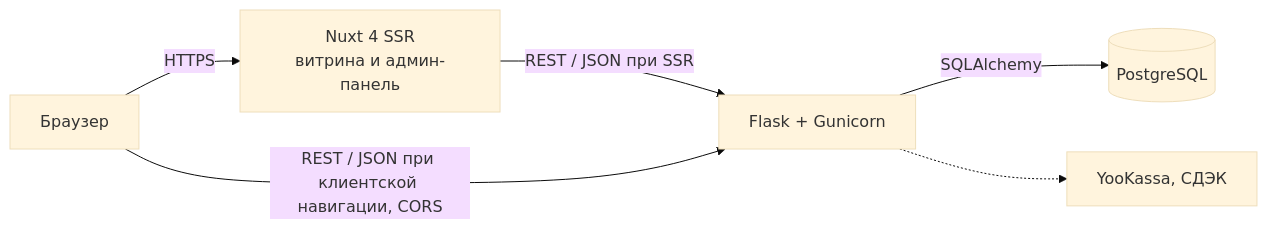
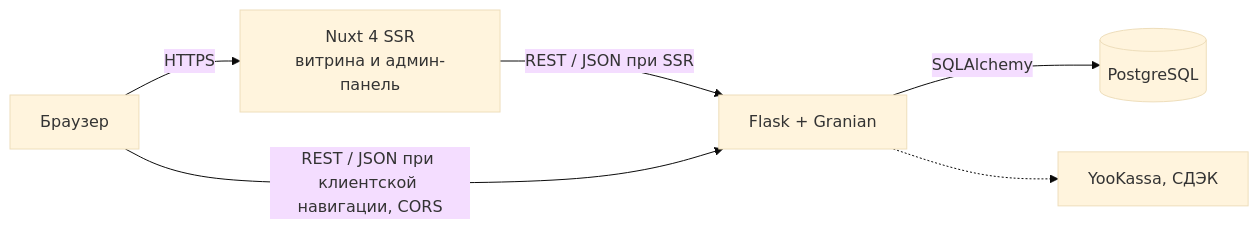
Before and after one commit to vfirsov/vfirsov-vr22-vkr: the diagram in README.md, drawn with Mermaid (base theme). The commit also changed other lines of this file and 7 other files, not shown here.

Commit message:
Заменить Gunicorn на Granian для запуска Flask из Windows и Linux

````diff
--- a/README.md
+++ b/README.md
@@ -59,8 +59,8 @@
 ```mermaid
 flowchart LR
   B[Браузер] -- HTTPS --> FE[Nuxt 4 SSR<br>витрина и админ-панель]
-  FE -- "REST / JSON при SSR" --> API[Flask + Gunicorn]
+  FE -- "REST / JSON при SSR" --> API[Flask + Granian]
   B -- "REST / JSON при клиентской навигации, CORS" --> API
   API -- SQLAlchemy --> DB[(PostgreSQL)]
   API -.-> EXT[YooKassa, СДЭК]
 ```
````
